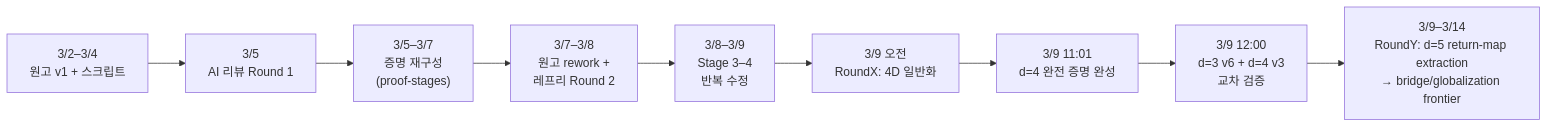
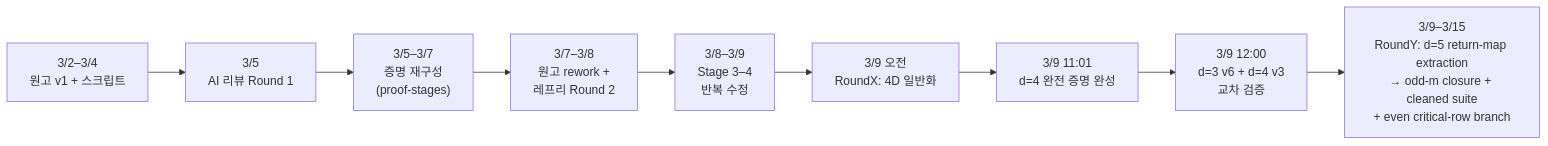
The diagram in RESEARCH_PROGRESSION.md (aria1th/Torus-Hamilton-Decomposition), drawn with Mermaid before and after one commit. The commit also changed other lines of this file and 36 other files, not shown here.

Commit message:
docs: package D5 post-closure odd/even follow-up

````diff
--- a/RESEARCH_PROGRESSION.md
+++ b/RESEARCH_PROGRESSION.md
@@ -12,11 +12,11 @@
 ```mermaid
 flowchart LR
     A["3/2–3/4<br>원고 v1 + 스크립트"] --> B["3/5<br>AI 리뷰 Round 1"]
     B --> C["3/5–3/7<br>증명 재구성<br>(proof-stages)"]
     C --> D["3/7–3/8<br>원고 rework + <br>레프리 Round 2"]
     D --> E["3/8–3/9<br>Stage 3–4<br>반복 수정"]
     E --> F["3/9 오전<br>RoundX: 4D 일반화"]
     F --> G["3/9 11:01<br>d=4 완전 증명 완성"]
     G --> H["3/9 12:00<br>d=3 v6 + d=4 v3<br>교차 검증"]
-    H --> I["3/9–3/14<br>RoundY: d=5 return-map extraction<br>→ bridge/globalization frontier"]
+    H --> I["3/9–3/15<br>RoundY: d=5 return-map extraction<br>→ odd-m closure + cleaned suite<br>+ even critical-row branch"]
 ```
````
